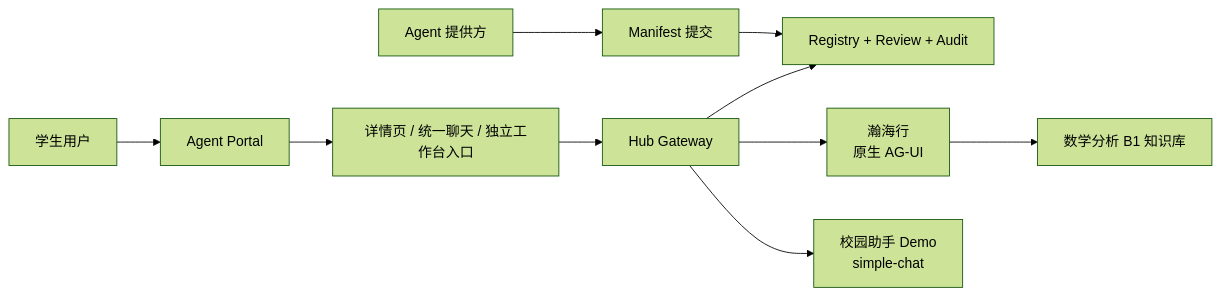
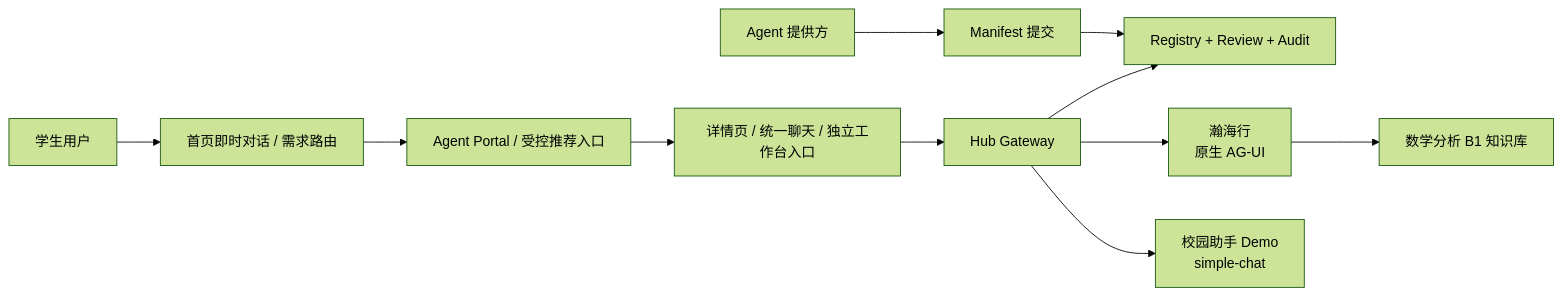
Before and after one commit to xytsakura/ai-for-better-life-in-ustc: the diagram in HUB_FRAMEWORK_SPEC.md, drawn with Mermaid (forest theme). The commit also changed other lines of this file and 22 other files, not shown here.

````diff
--- a/HUB_FRAMEWORK_SPEC.md
+++ b/HUB_FRAMEWORK_SPEC.md
@@ -19,12 +21,13 @@
 ```mermaid
 flowchart LR
-    U["学生用户"] --> P["Agent Portal"]
+    U["学生用户"] --> Q["首页即时对话 / 需求路由"]
+    Q --> P["Agent Portal / 受控推荐入口"]
     P --> D["详情页 / 统一聊天 / 独立工作台入口"]
     D --> G["Hub Gateway"]
     G --> R["Registry + Review + Audit"]
     G --> H["瀚海行<br/>原生 AG-UI"]
     G --> A["校园助手 Demo<br/>simple-chat"]
     H --> K["数学分析 B1 知识库"]
     Provider["Agent 提供方"] --> S["Manifest 提交"]
     S --> R
 ```
````
